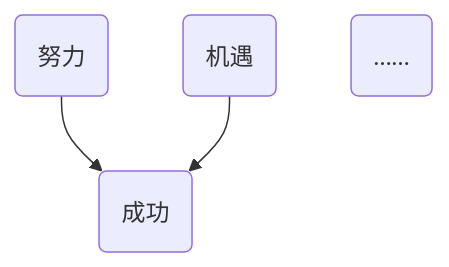
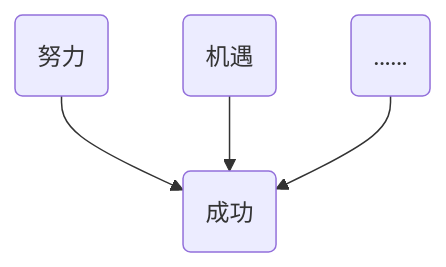
The sixth of 6 diagrams in content/post/correlation-and-causation/index.md (bowenEI/BowenEI), drawn with Mermaid before and after one commit. The commit also changed 7 other files, not shown here.

````diff
--- a/content/post/correlation-and-causation/index.md
+++ b/content/post/correlation-and-causation/index.md
@@ -112,6 +112,6 @@
 ```mermaid
 graph TD
     A(努力) --> D(成功)
     B(机遇) --> D
-    C(……)
+    C(......) --> D
 ```
````
